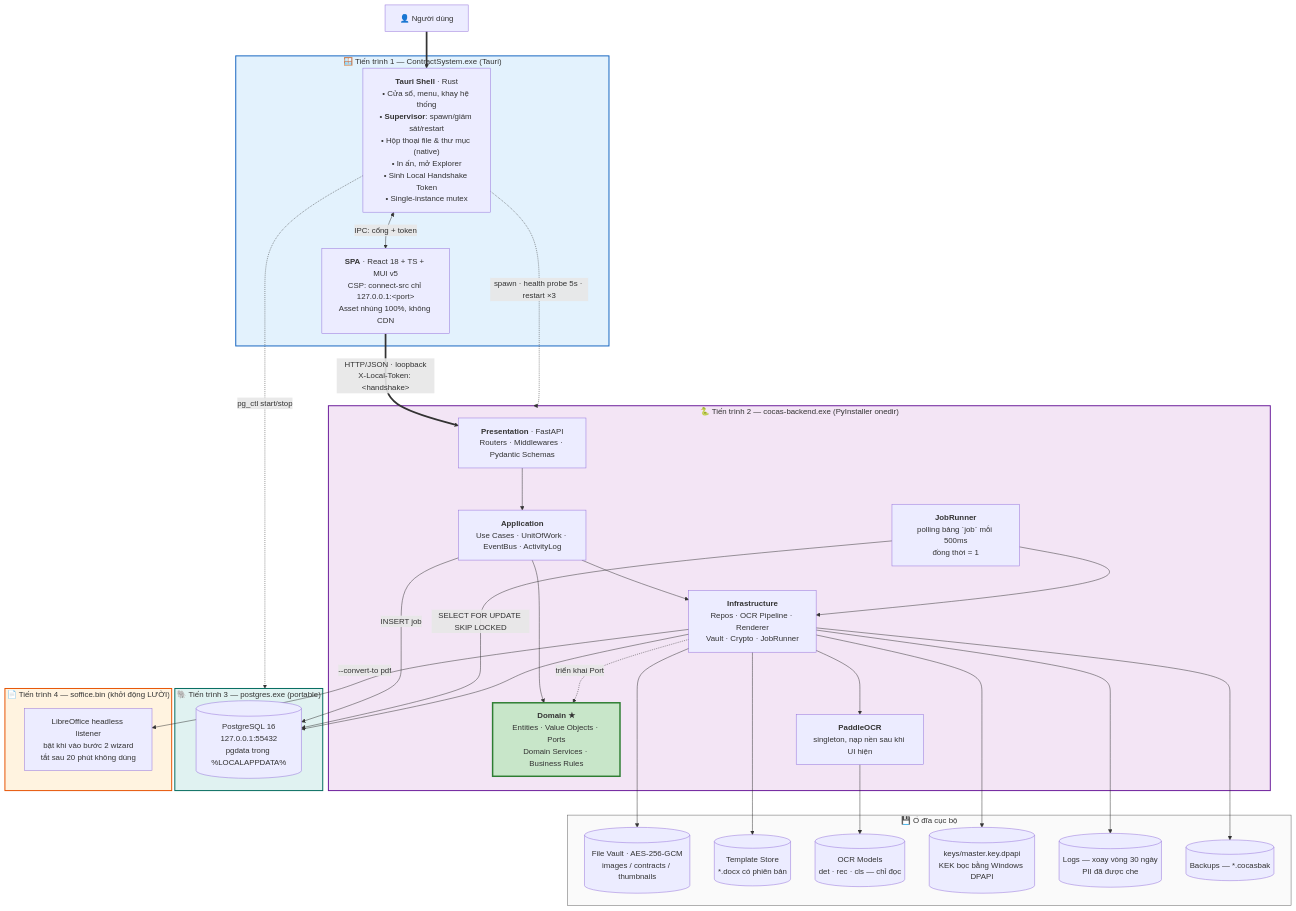
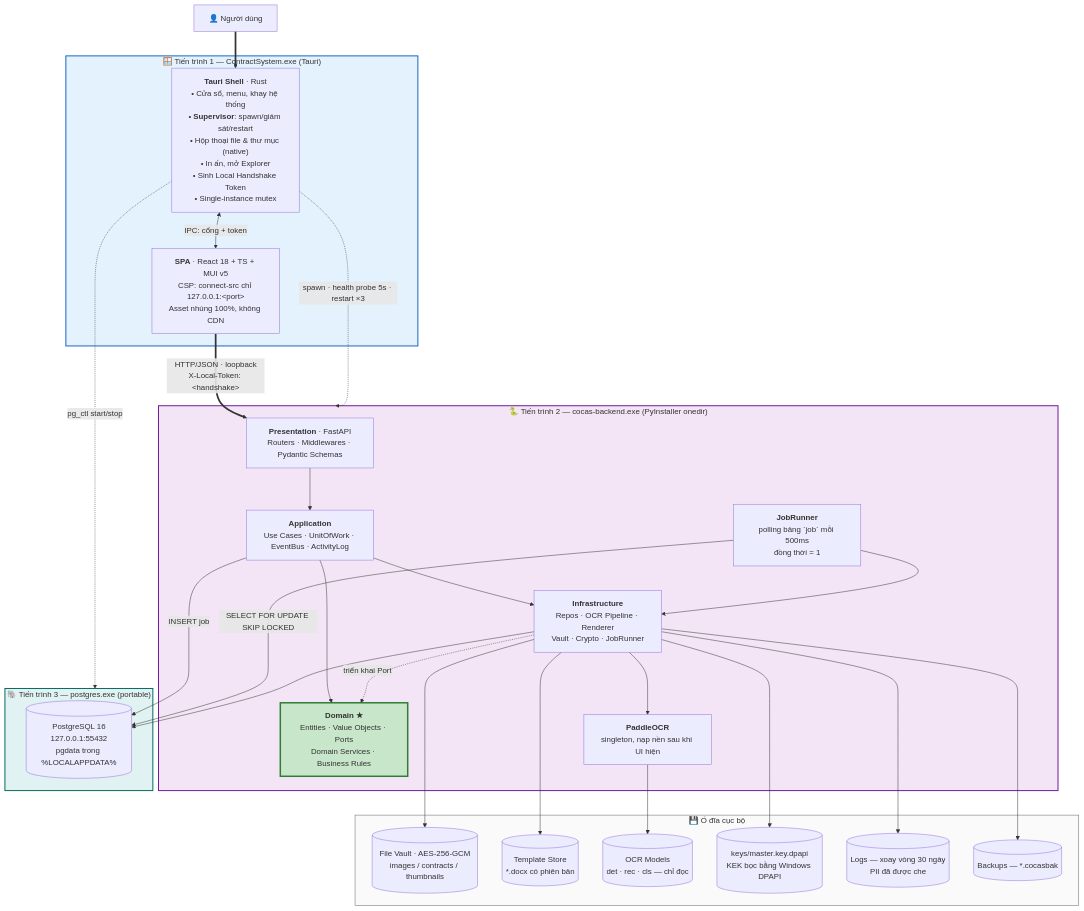
The second of 10 diagrams in docs/design/02-so-do-he-thong.md (Dezz3z/CCCD_OCR_NEW), drawn with Mermaid before and after one commit. The commit also changed other lines of this file and 45 other files, not shown here.

````diff
--- a/docs/design/02-so-do-he-thong.md
+++ b/docs/design/02-so-do-he-thong.md
@@ -46,65 +45,59 @@
 ```mermaid
 graph TB
     USER["👤 Người dùng"]
 
     subgraph PROC1["🪟 Tiến trình 1 — ContractSystem.exe (Tauri)"]
         SHELL["<b>Tauri Shell</b> · Rust<br/>• Cửa sổ, menu, khay hệ thống<br/>• <b>Supervisor</b>: spawn/giám sát/restart<br/>• Hộp thoại file & thư mục (native)<br/>• In ấn, mở Explorer<br/>• Sinh Local Handshake Token<br/>• Single-instance mutex"]
         WEBVIEW["<b>SPA</b> · React 18 + TS + MUI v5<br/>CSP: connect-src chỉ 127.0.0.1:&lt;port&gt;<br/>Asset nhúng 100%, không CDN"]
     end
 
     subgraph PROC2["🐍 Tiến trình 2 — cocas-backend.exe (PyInstaller onedir)"]
         API["<b>Presentation</b> · FastAPI<br/>Routers · Middlewares · Pydantic Schemas"]
         APP["<b>Application</b><br/>Use Cases · UnitOfWork · EventBus · ActivityLog"]
         DOM["<b>Domain ★</b><br/>Entities · Value Objects · Ports<br/>Domain Services · Business Rules"]
         INFRA["<b>Infrastructure</b><br/>Repos · OCR Pipeline · Renderer<br/>Vault · Crypto · JobRunner"]
         RUNNER["<b>JobRunner</b><br/>polling bảng `job` mỗi 500ms<br/>đồng thời = 1"]
         OCRMEM["<b>PaddleOCR</b><br/>singleton, nạp nền sau khi UI hiện"]
     end
 
     subgraph PROC3["🐘 Tiến trình 3 — postgres.exe (portable)"]
         PG[("PostgreSQL 16<br/>127.0.0.1:55432<br/>pgdata trong %LOCALAPPDATA%")]
-    end
-
-    subgraph PROC4["📄 Tiến trình 4 — soffice.bin (khởi động LƯỜI)"]
-        LO["LibreOffice headless listener<br/>bật khi vào bước 2 wizard<br/>tắt sau 20 phút không dùng"]
     end
 
     subgraph DISK["💾 Ổ đĩa cục bộ"]
         VAULT[("File Vault · AES-256-GCM<br/>images / contracts / thumbnails")]
         TPL[("Template Store<br/>*.docx có phiên bản")]
         MODEL[("OCR Models<br/>det · rec · cls — chỉ đọc")]
         KEYS[("keys/master.key.dpapi<br/>KEK bọc bằng Windows DPAPI")]
         LOGS[("Logs — xoay vòng 30 ngày<br/>PII đã được che")]
         BKP[("Backups — *.cocasbak")]
     end
 
     USER ==> SHELL
     SHELL <-->|"IPC: cổng + token"| WEBVIEW
     WEBVIEW ==>|"HTTP/JSON · loopback<br/>X-Local-Token: &lt;handshake&gt;"| API
     SHELL -.->|"spawn · health probe 5s · restart ×3"| PROC2
     SHELL -.->|"pg_ctl start/stop"| PROC3
 
     API --> APP --> DOM
     INFRA -.->|"triển khai Port"| DOM
     APP --> INFRA
     APP -->|"INSERT job"| PG
     RUNNER -->|"SELECT FOR UPDATE SKIP LOCKED"| PG
     RUNNER --> INFRA
     INFRA --> OCRMEM
 
     INFRA --> PG
     INFRA --> VAULT
     INFRA --> TPL
     INFRA --> KEYS
     INFRA --> LOGS
     INFRA --> BKP
     OCRMEM --> MODEL
-    INFRA -->|"--convert-to pdf"| LO
 
     style PROC1 fill:#e3f2fd,stroke:#1565c0,stroke-width:2px
     style PROC2 fill:#f3e5f5,stroke:#6a1b9a,stroke-width:2px
     style PROC3 fill:#e0f2f1,stroke:#00695c,stroke-width:2px
-    style PROC4 fill:#fff3e0,stroke:#e65100,stroke-width:2px
     style DISK fill:#fafafa,stroke:#616161
     style DOM fill:#c8e6c9,stroke:#2e7d32,stroke-width:3px
 ```
````
